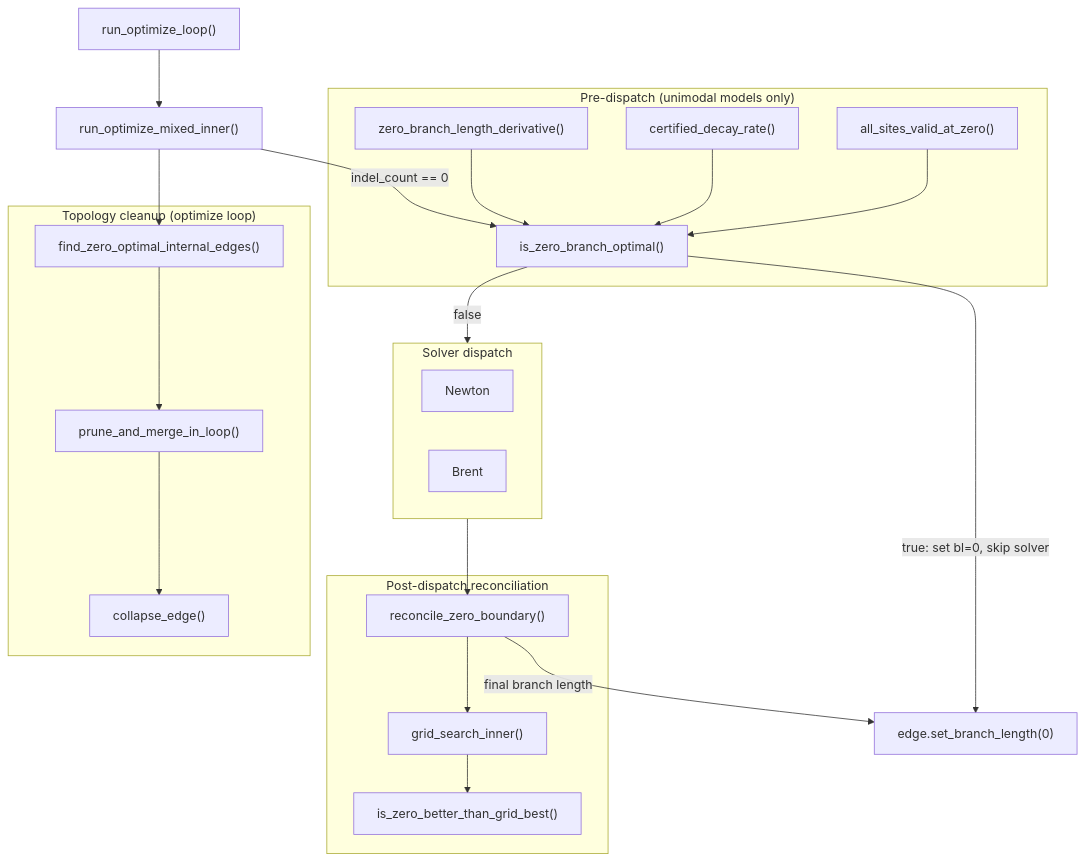
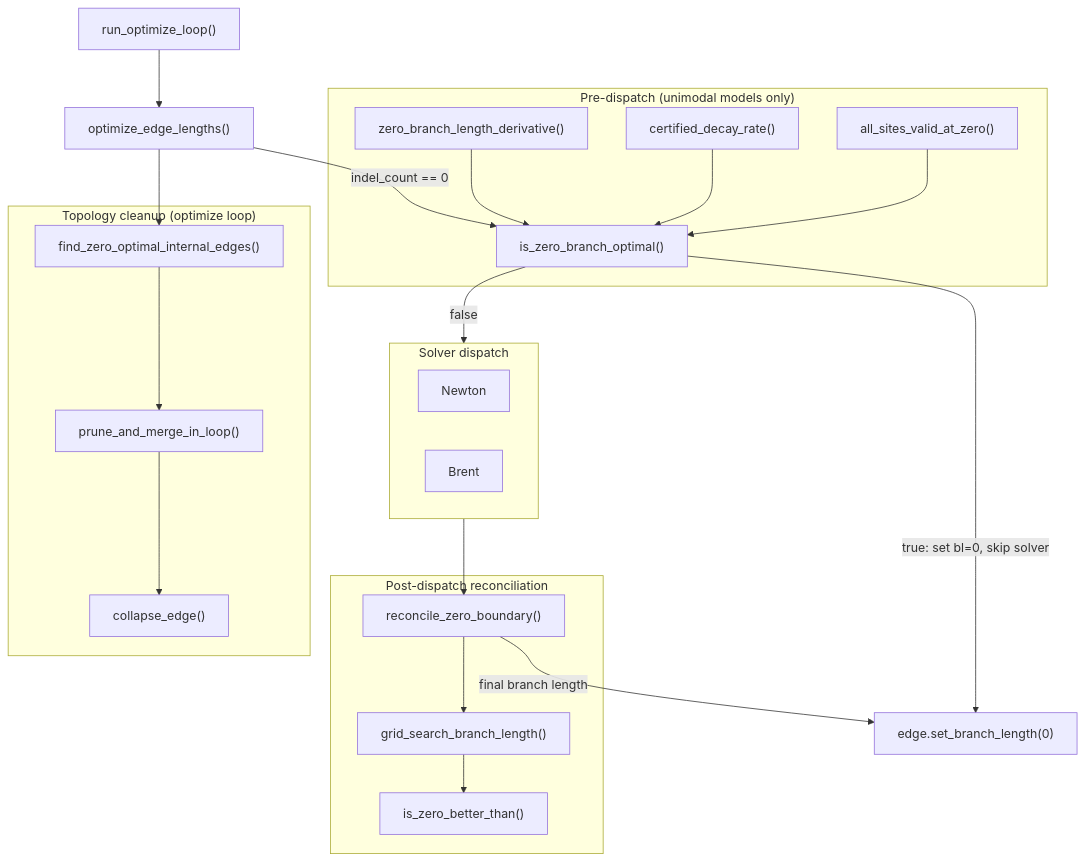
Before and after one commit to neherlab/treetime: the diagram in kb/reports/zero-branch-length-optimization.md, drawn with Mermaid. The commit also changed other lines of this file and 39 other files, not shown here.

````diff
--- a/kb/reports/zero-branch-length-optimization.md
+++ b/kb/reports/zero-branch-length-optimization.md
@@ -68,44 +68,44 @@
 ```mermaid
 graph TD
     subgraph pre ["Pre-dispatch (unimodal models only)"]
         valid["all_sites_valid_at_zero()"]
         unimodal["certified_decay_rate()"]
         deriv["zero_branch_length_derivative()"]
         is_zero["is_zero_branch_optimal()"]
         valid --> is_zero
         unimodal --> is_zero
         deriv --> is_zero
     end
 
     subgraph solver ["Solver dispatch"]
         newton["Newton"]
         brent["Brent"]
     end
 
     subgraph post ["Post-dispatch reconciliation"]
         reconcile["reconcile_zero_boundary()"]
-        grid["grid_search_inner()"]
-        zero_better["is_zero_better_than_grid_best()"]
+        grid["grid_search_branch_length()"]
+        zero_better["is_zero_better_than()"]
         reconcile --> grid
         grid --> zero_better
     end
 
     subgraph collapse ["Topology cleanup (optimize loop)"]
         find["find_zero_optimal_internal_edges()"]
         prune["prune_and_merge_in_loop()"]
         coll["collapse_edge()"]
         find --> prune
         prune --> coll
     end
 
-    run["run_optimize_mixed_inner()"]
+    run["optimize_edge_lengths()"]
     run -->|"indel_count == 0"| is_zero
     is_zero -->|"true: set bl=0, skip solver"| done["edge.set_branch_length(0)"]
     is_zero -->|"false"| solver
     solver --> reconcile
     reconcile -->|"final branch length"| done
 
     loop["run_optimize_loop()"]
     loop --> run
     run --> find
 ```
````
